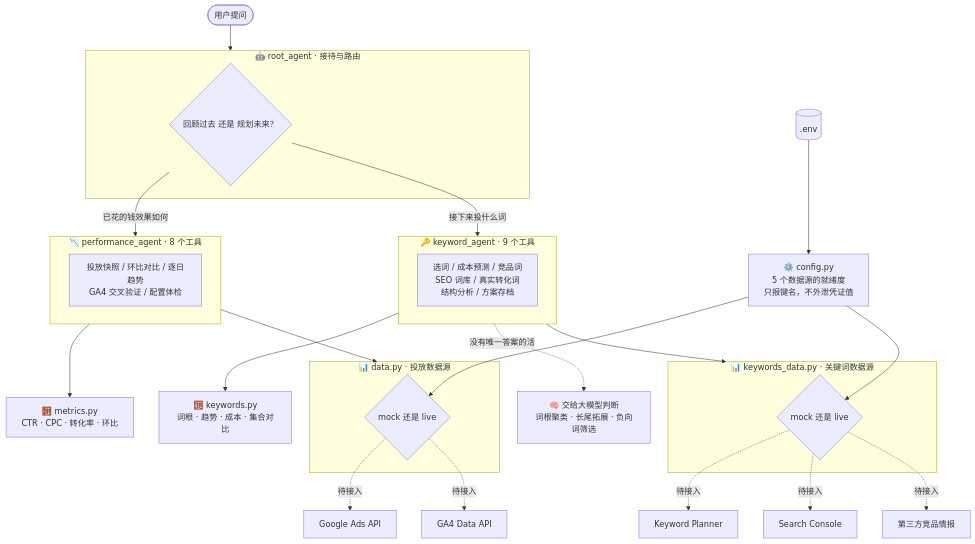
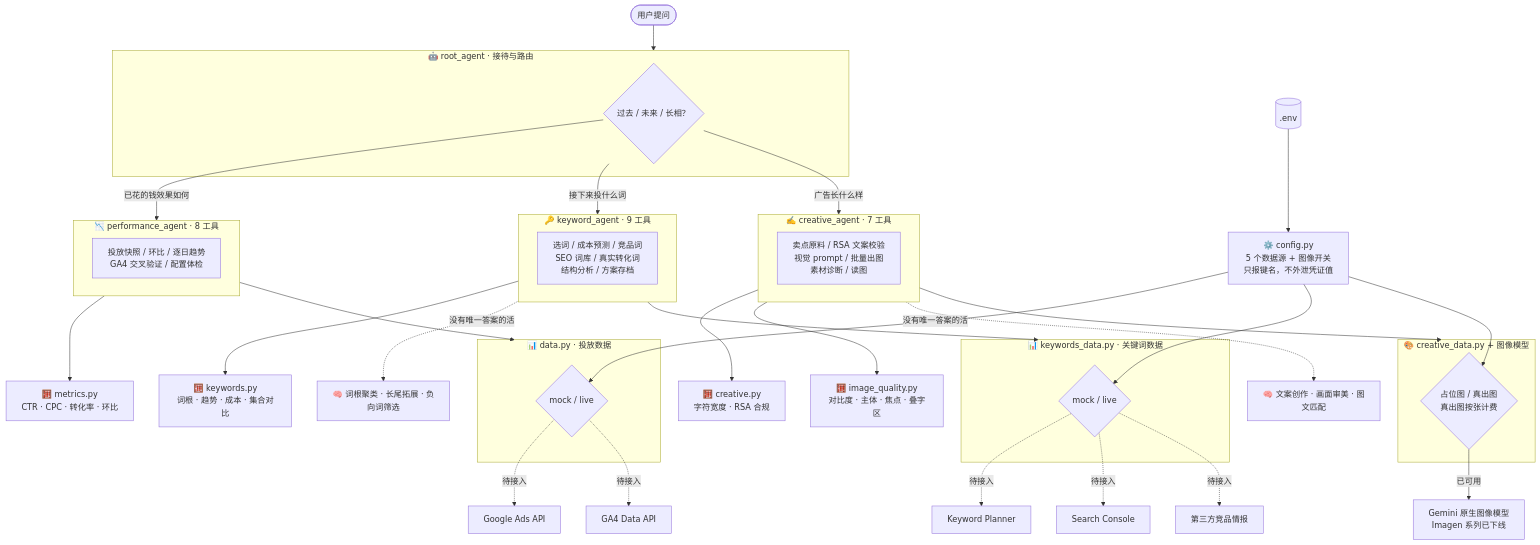
Before and after one commit to JONAS88824/digit_marketing_agent: the diagram in PROJECT_STATUS.md, drawn with Mermaid. The commit also changed other lines of this file and 10 other files, not shown here.

````diff
--- a/PROJECT_STATUS.md
+++ b/PROJECT_STATUS.md
@@ -29,44 +34,58 @@
 ```mermaid
 flowchart TB
     User(["用户提问"]) --> Root
 
     subgraph Root["🤖 root_agent · 接待与路由"]
-        Route{"回顾过去 还是 规划未来？"}
+        Route{"过去 / 未来 / 长相？"}
     end
 
     Route -->|"已花的钱效果如何"| Perf
     Route -->|"接下来投什么词"| Kw
+    Route -->|"广告长什么样"| Cr
 
-    subgraph Perf["📉 performance_agent · 8 个工具"]
-        P1["投放快照 / 环比对比 / 逐日趋势<br/>GA4 交叉验证 / 配置体检"]
+    subgraph Perf["📉 performance_agent · 8 工具"]
+        P1["投放快照 / 环比 / 逐日趋势<br/>GA4 交叉验证 / 配置体检"]
     end
 
-    subgraph Kw["🔑 keyword_agent · 9 个工具"]
+    subgraph Kw["🔑 keyword_agent · 9 工具"]
         K1["选词 / 成本预测 / 竞品词<br/>SEO 词库 / 真实转化词<br/>结构分析 / 方案存档"]
+    end
+
+    subgraph Cr["✍️ creative_agent · 7 工具"]
+        C1["卖点原料 / RSA 文案校验<br/>视觉 prompt / 批量出图<br/>素材诊断 / 读图"]
     end
 
     Perf --> CalcA["🧮 metrics.py<br/>CTR · CPC · 转化率 · 环比"]
     Kw --> CalcB["🧮 keywords.py<br/>词根 · 趋势 · 成本 · 集合对比"]
-    Kw -.->|"没有唯一答案的活"| Brain["🧠 交给大模型判断<br/>词根聚类 · 长尾拓展 · 负向词筛选"]
+    Cr --> CalcC["🧮 creative.py<br/>字符宽度 · RSA 合规"]
+    Cr --> CalcD["🧮 image_quality.py<br/>对比度 · 主体 · 焦点 · 叠字区"]
+
+    Kw -.->|"没有唯一答案的活"| Brain1["🧠 词根聚类 · 长尾拓展 · 负向词筛选"]
+    Cr -.->|"没有唯一答案的活"| Brain2["🧠 文案创作 · 画面审美 · 图文匹配"]
 
     Perf --> SrcA
     Kw --> SrcB
+    Cr --> SrcC
 
-    subgraph SrcA["📊 data.py · 投放数据源"]
-        SwA{"mock 还是 live"}
+    subgraph SrcA["📊 data.py · 投放数据"]
+        SwA{"mock / live"}
+    end
+    subgraph SrcB["📊 keywords_data.py · 关键词数据"]
+        SwB{"mock / live"}
+    end
+    subgraph SrcC["🎨 creative_data.py + 图像模型"]
+        SwC{"占位图 / 真出图<br/>真出图按张计费"}
     end
 
-    subgraph SrcB["📊 keywords_data.py · 关键词数据源"]
-        SwB{"mock 还是 live"}
-    end
-
-    Config["⚙️ config.py<br/>5 个数据源的就绪度<br/>只报键名，不外泄凭证值"] --> SwA
+    Config["⚙️ config.py<br/>5 个数据源 + 图像开关<br/>只报键名，不外泄凭证值"] --> SwA
     Config --> SwB
+    Config --> SwC
     Env[(".env")] --> Config
 
     SwA -.->|"待接入"| E1["Google Ads API"]
     SwA -.->|"待接入"| E2["GA4 Data API"]
     SwB -.->|"待接入"| E3["Keyword Planner"]
     SwB -.->|"待接入"| E4["Search Console"]
     SwB -.->|"待接入"| E5["第三方竞品情报"]
+    SwC -->|"已可用"| E6["Gemini 原生图像模型<br/>Imagen 系列已下线"]
 ```
````
